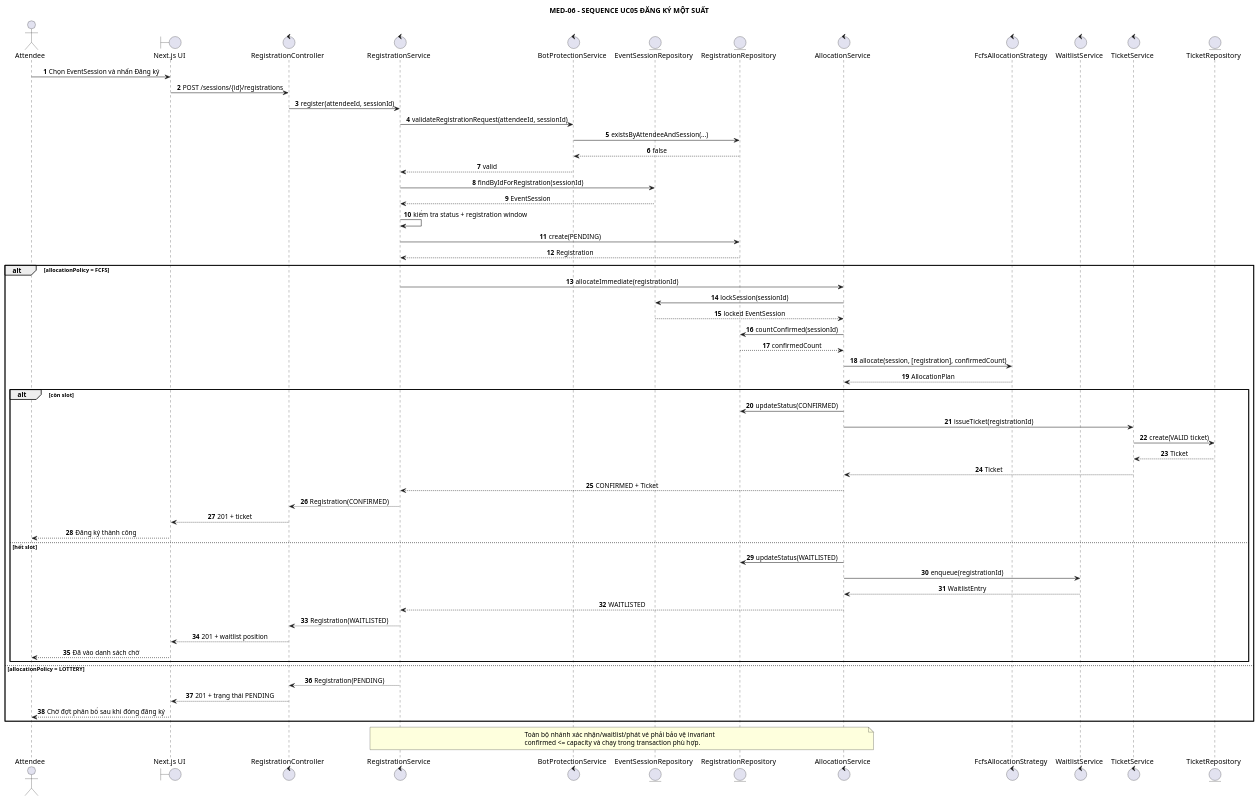
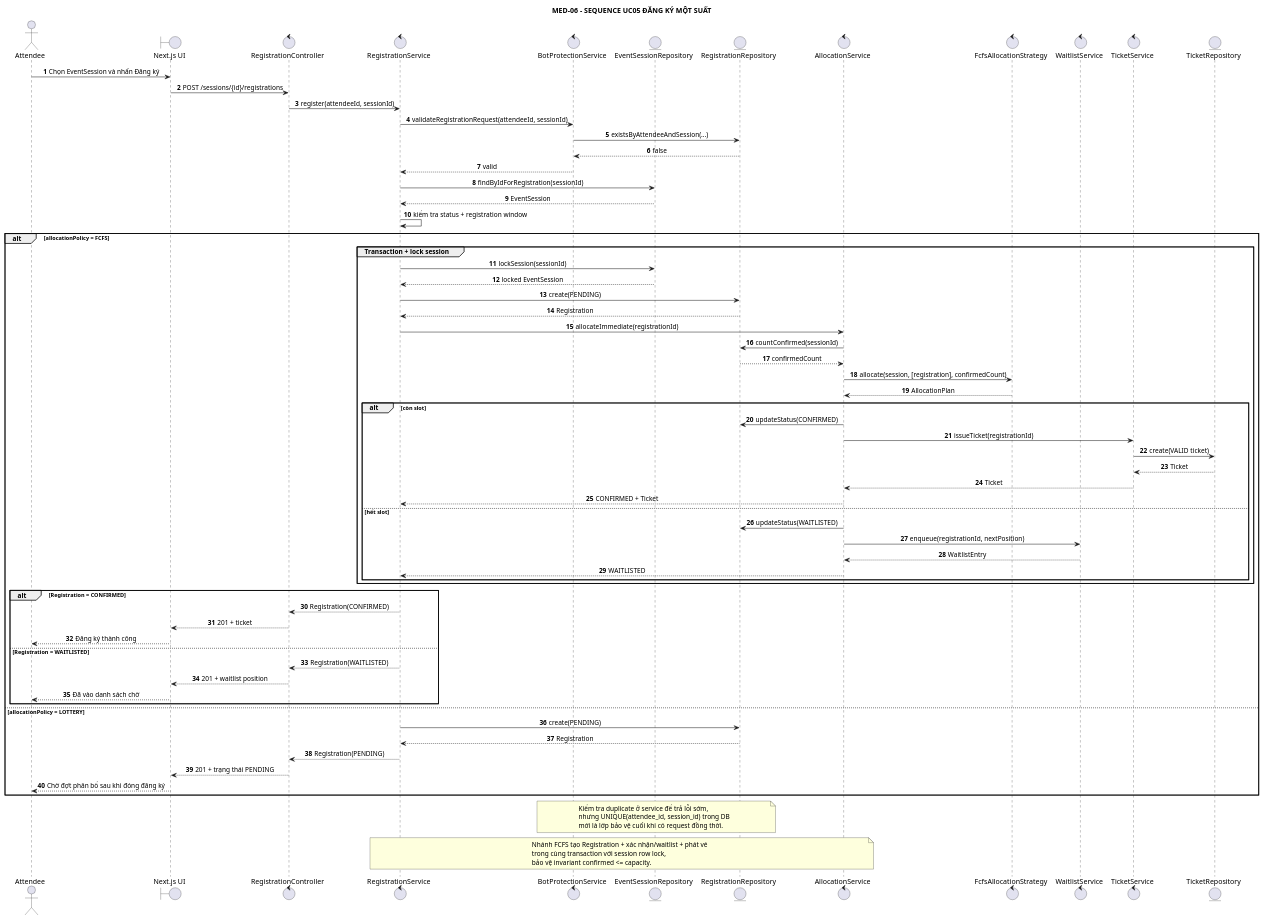
Before and after one commit to anh632k-ui/OOP-DoAn: the diagram in PTTK/05_Sequence/01-uc05-register-session.puml, drawn with PlantUML.

Commit message:
review(pttk): make UC05 transaction and concurrency boundary explicit

```diff
--- a/PTTK/05_Sequence/01-uc05-register-session.puml
+++ b/PTTK/05_Sequence/01-uc05-register-session.puml
@@ -1,76 +1,91 @@
 @startuml
 skinparam shadowing false
 skinparam sequenceMessageAlign center
 skinparam responseMessageBelowArrow true
 
 title MED-06 - SEQUENCE UC05 ĐĂNG KÝ MỘT SUẤT
 
 actor Attendee
 boundary "Next.js UI" as UI
 control "RegistrationController" as RC
 control "RegistrationService" as RS
 control "BotProtectionService" as BPS
 entity "EventSessionRepository" as ESR
 entity "RegistrationRepository" as RR
 control "AllocationService" as AS
 control "FcfsAllocationStrategy" as FCFS
 control "WaitlistService" as WS
 control "TicketService" as TS
 entity "TicketRepository" as TR
 
 autonumber
 Attendee -> UI : Chọn EventSession và nhấn Đăng ký
 UI -> RC : POST /sessions/{id}/registrations
 RC -> RS : register(attendeeId, sessionId)
 RS -> BPS : validateRegistrationRequest(attendeeId, sessionId)
 BPS -> RR : existsByAttendeeAndSession(...)
 RR --> BPS : false
 BPS --> RS : valid
 
 RS -> ESR : findByIdForRegistration(sessionId)
 ESR --> RS : EventSession
 RS -> RS : kiểm tra status + registration window
-RS -> RR : create(PENDING)
-RR --> RS : Registration
 
 alt allocationPolicy = FCFS
-  RS -> AS : allocateImmediate(registrationId)
-  AS -> ESR : lockSession(sessionId)
-  ESR --> AS : locked EventSession
-  AS -> RR : countConfirmed(sessionId)
-  RR --> AS : confirmedCount
-  AS -> FCFS : allocate(session, [registration], confirmedCount)
-  FCFS --> AS : AllocationPlan
+  group Transaction + lock session
+    RS -> ESR : lockSession(sessionId)
+    ESR --> RS : locked EventSession
+    RS -> RR : create(PENDING)
+    RR --> RS : Registration
+    RS -> AS : allocateImmediate(registrationId)
+    AS -> RR : countConfirmed(sessionId)
+    RR --> AS : confirmedCount
+    AS -> FCFS : allocate(session, [registration], confirmedCount)
+    FCFS --> AS : AllocationPlan
 
-  alt còn slot
-    AS -> RR : updateStatus(CONFIRMED)
-    AS -> TS : issueTicket(registrationId)
-    TS -> TR : create(VALID ticket)
-    TR --> TS : Ticket
-    TS --> AS : Ticket
-    AS --> RS : CONFIRMED + Ticket
+    alt còn slot
+      AS -> RR : updateStatus(CONFIRMED)
+      AS -> TS : issueTicket(registrationId)
+      TS -> TR : create(VALID ticket)
+      TR --> TS : Ticket
+      TS --> AS : Ticket
+      AS --> RS : CONFIRMED + Ticket
+    else hết slot
+      AS -> RR : updateStatus(WAITLISTED)
+      AS -> WS : enqueue(registrationId, nextPosition)
+      WS --> AS : WaitlistEntry
+      AS --> RS : WAITLISTED
+    end
+  end
+
+  alt Registration = CONFIRMED
     RS --> RC : Registration(CONFIRMED)
     RC --> UI : 201 + ticket
     UI --> Attendee : Đăng ký thành công
-  else hết slot
-    AS -> RR : updateStatus(WAITLISTED)
-    AS -> WS : enqueue(registrationId)
-    WS --> AS : WaitlistEntry
-    AS --> RS : WAITLISTED
+  else Registration = WAITLISTED
     RS --> RC : Registration(WAITLISTED)
     RC --> UI : 201 + waitlist position
     UI --> Attendee : Đã vào danh sách chờ
   end
 
 else allocationPolicy = LOTTERY
+  RS -> RR : create(PENDING)
+  RR --> RS : Registration
   RS --> RC : Registration(PENDING)
   RC --> UI : 201 + trạng thái PENDING
   UI --> Attendee : Chờ đợt phân bổ sau khi đóng đăng ký
 end
 
+note over BPS,RR
+Kiểm tra duplicate ở service để trả lỗi sớm,
+nhưng UNIQUE(attendee_id, session_id) trong DB
+mới là lớp bảo vệ cuối khi có request đồng thời.
+end note
+
 note over RS,AS
-Toàn bộ nhánh xác nhận/waitlist/phát vé phải bảo vệ invariant
-confirmed <= capacity và chạy trong transaction phù hợp.
+Nhánh FCFS tạo Registration + xác nhận/waitlist + phát vé
+trong cùng transaction với session row lock,
+bảo vệ invariant confirmed <= capacity.
 end note
 
 @enduml
```
